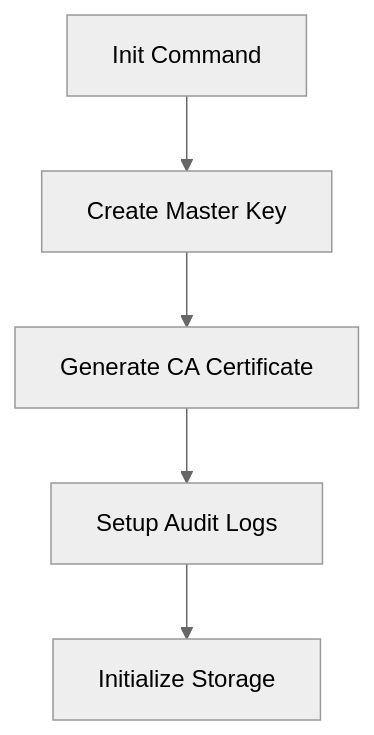
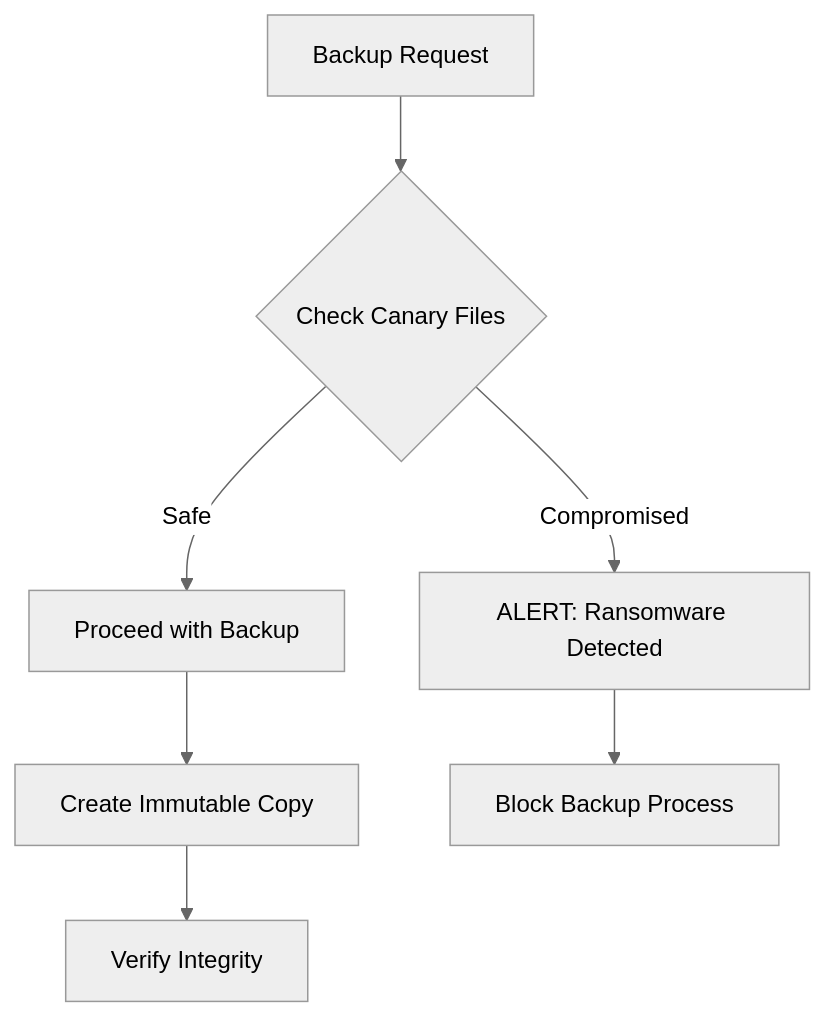
The second of 3 diagrams in README.md (zar7real/DeltaSafe), drawn with Mermaid (neutral theme) before and after one commit. The commit also changed other lines of this file, not shown here.

````diff
--- a/README.md
+++ b/README.md
@@ -64,7 +366,9 @@
 ```mermaid
 graph TD
-    A[Init Command] --> B[Create Master Key]
-    B --> C[Generate CA Certificate]
-    C --> D[Setup Audit Logs]
-    D --> E[Initialize Storage]
+    A[Backup Request] --> B{Check Canary Files}
+    B -->|Safe| C[Proceed with Backup]
+    B -->|Compromised| D[ALERT: Ransomware Detected]
+    C --> E[Create Immutable Copy]
+    D --> F[Block Backup Process]
+    E --> G[Verify Integrity]
 ```
````
